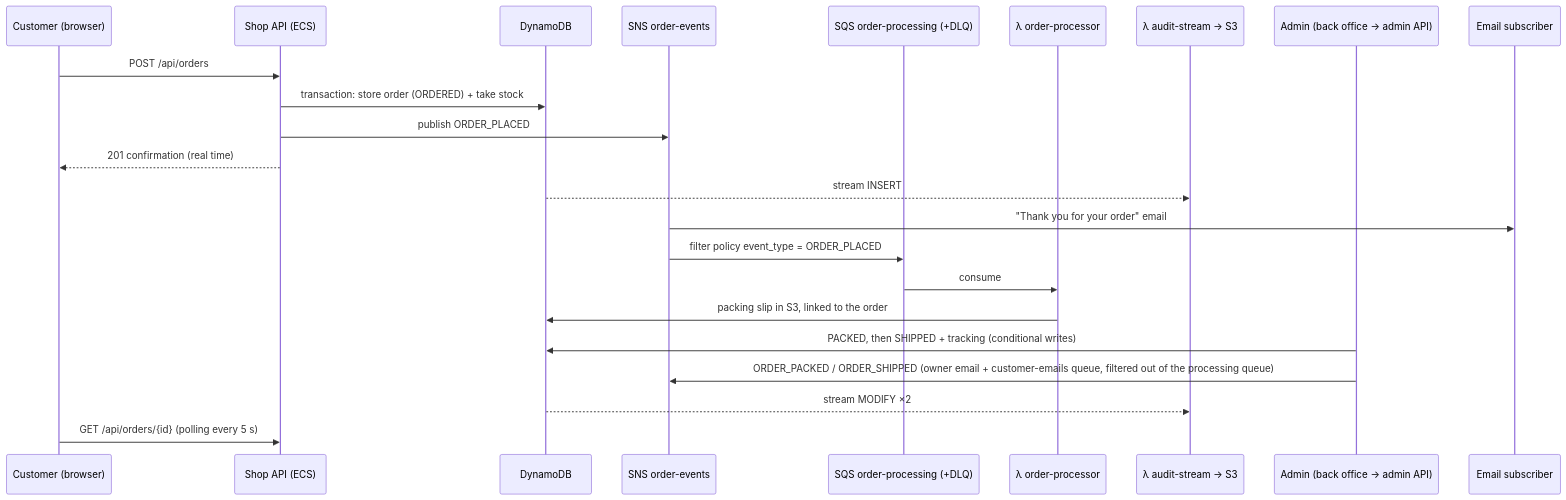
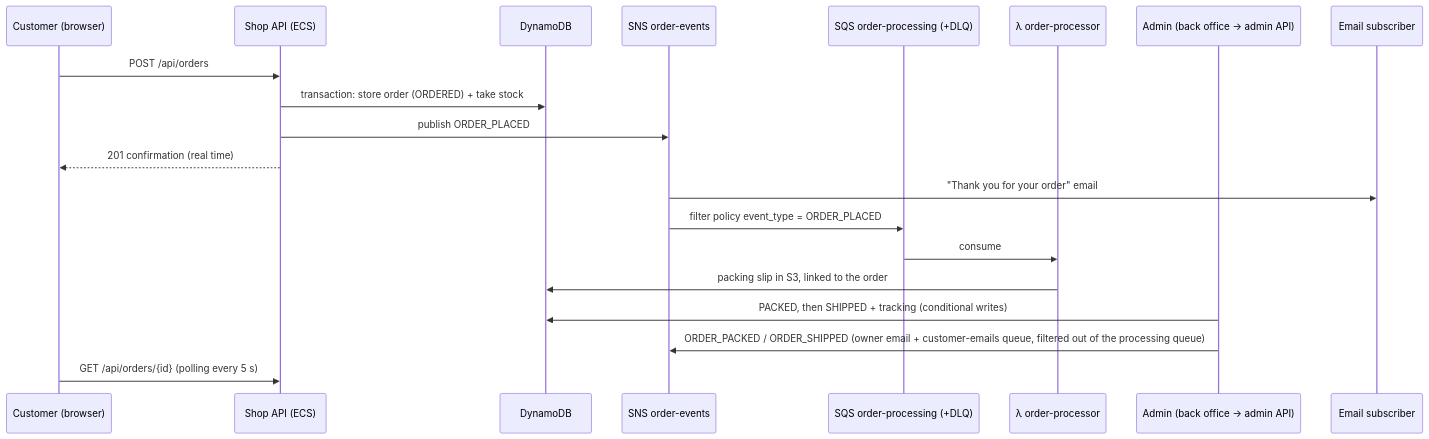
The second of 2 diagrams in README.md (TrioGrenobleImt/AWS-victor-arnaud-cedric), drawn with Mermaid before and after one commit. The commit also changed other lines of this file and 12 other files, not shown here.

First line of the commit message:
Remove the audit stream and trim unused infra

````diff
--- a/README.md
+++ b/README.md
@@ -136,26 +134,23 @@
 ```mermaid
 sequenceDiagram
     participant C as Customer (browser)
     participant API as Shop API (ECS)
     participant DB as DynamoDB
     participant SNS as SNS order-events
     participant Q as SQS order-processing (+DLQ)
     participant W as λ order-processor
-    participant A as λ audit-stream → S3
     participant B as Admin (back office → admin API)
     participant M as Email subscriber
 
     C->>API: POST /api/orders
     API->>DB: transaction: store order (ORDERED) + take stock
     API->>SNS: publish ORDER_PLACED
     API-->>C: 201 confirmation (real time)
-    DB-->>A: stream INSERT
     SNS->>M: "Thank you for your order" email
     SNS->>Q: filter policy event_type = ORDER_PLACED
     Q->>W: consume
     W->>DB: packing slip in S3, linked to the order
     B->>DB: PACKED, then SHIPPED + tracking (conditional writes)
     B->>SNS: ORDER_PACKED / ORDER_SHIPPED (owner email + customer-emails queue, filtered out of the processing queue)
-    DB-->>A: stream MODIFY ×2
     C->>API: GET /api/orders/{id} (polling every 5 s)
 ```
````
